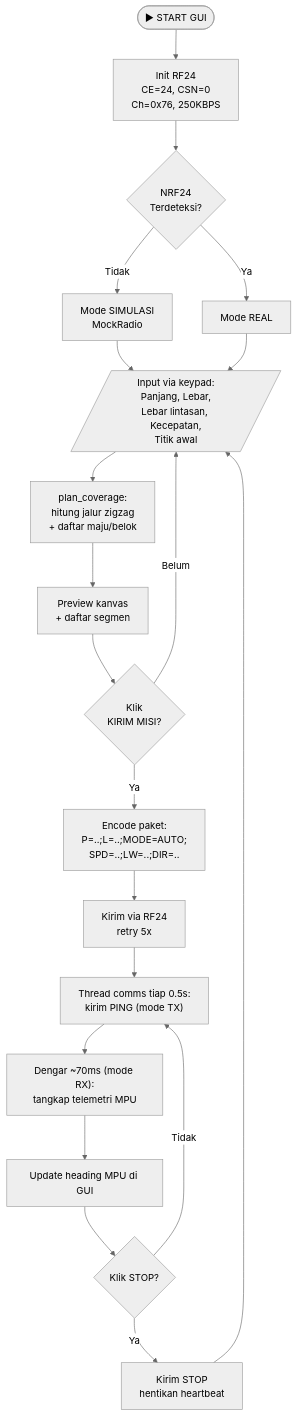
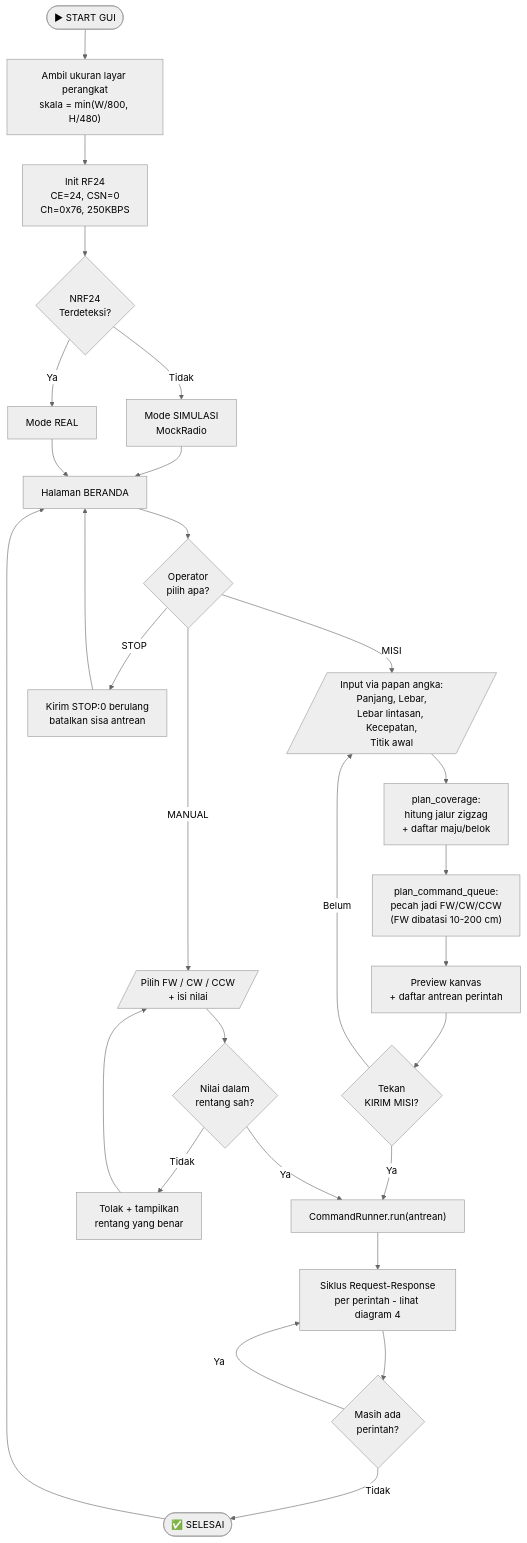
One commit to Xhorn7/Skripsi-PENGEMBANGAN-ROBOT-AKUATIK-UNTUK-FEEDER-OTOMATIS-DI-TAMBAK changed the second of 9 diagrams in flowchart.md. Above: the diagram before and after it, drawn with Mermaid (neutral theme). The commit also changed other lines of this file and 43 other files, not shown here.

````diff
--- a/flowchart.md
+++ b/flowchart.md
@@ -39,22 +43,35 @@
 ```mermaid
 flowchart TD
-    START([▶ START GUI]) --> INIT["Init RF24<br/>CE=24, CSN=0<br/>Ch=0x76, 250KBPS"]
+    START([▶ START GUI]) --> SCR["Ambil ukuran layar perangkat<br/>skala = min(W/800, H/480)"]
+    SCR --> INIT["Init RF24<br/>CE=24, CSN=0<br/>Ch=0x76, 250KBPS"]
     INIT --> DET{NRF24<br/>Terdeteksi?}
     DET -- Tidak --> SIM[Mode SIMULASI<br/>MockRadio]
     DET -- Ya --> REAL[Mode REAL]
-    SIM --> INPUT
-    REAL --> INPUT[/"Input via keypad:<br/>Panjang, Lebar,<br/>Lebar lintasan, Kecepatan,<br/>Titik awal"/]
+    SIM --> HOME
+    REAL --> HOME[Halaman BERANDA]
+
+    HOME --> PICK{Operator<br/>pilih apa?}
+
+    PICK -- MISI --> INPUT[/"Input via papan angka:<br/>Panjang, Lebar,<br/>Lebar lintasan, Kecepatan,<br/>Titik awal"/]
     INPUT --> PLAN["plan_coverage:<br/>hitung jalur zigzag<br/>+ daftar maju/belok"]
-    PLAN --> PREVIEW[Preview kanvas<br/>+ daftar segmen]
-    PREVIEW --> SENDBTN{Klik<br/>KIRIM MISI?}
+    PLAN --> QUEUE["plan_command_queue:<br/>pecah jadi FW/CW/CCW<br/>(FW dibatasi 10-200 cm)"]
+    QUEUE --> PREVIEW[Preview kanvas<br/>+ daftar antrean perintah]
+    PREVIEW --> SENDBTN{Tekan<br/>KIRIM MISI?}
     SENDBTN -- Belum --> INPUT
-    SENDBTN -- Ya --> ENCODE["Encode paket:<br/>P=..;L=..;MODE=AUTO;<br/>SPD=..;LW=..;DIR=.."]
-    ENCODE --> SEND[Kirim via RF24<br/>retry 5x]
-    SEND --> HB["Thread comms tiap 0.5s:<br/>kirim PING (mode TX)"]
-    HB --> POLL["Dengar ~70ms (mode RX):<br/>tangkap telemetri MPU"]
-    POLL --> SHOW[Update heading MPU di GUI]
-    SHOW --> STOPCHK{Klik STOP?}
-    STOPCHK -- Tidak --> HB
-    STOPCHK -- Ya --> SENDSTOP[Kirim STOP<br/>hentikan heartbeat]
-    SENDSTOP --> INPUT
+    SENDBTN -- Ya --> RUN
+
+    PICK -- MANUAL --> MAN[/"Pilih FW / CW / CCW<br/>+ isi nilai"/]
+    MAN --> VAL{Nilai dalam<br/>rentang sah?}
+    VAL -- Tidak --> REJECT[Tolak + tampilkan<br/>rentang yang benar]
+    REJECT --> MAN
+    VAL -- Ya --> RUN
+
+    RUN["CommandRunner.run(antrean)"] --> CYCLE[Siklus Request-Response<br/>per perintah - lihat diagram 4]
+    CYCLE --> NEXT{Masih ada<br/>perintah?}
+    NEXT -- Ya --> CYCLE
+    NEXT -- Tidak --> DONE([✅ SELESAI])
+    DONE --> HOME
+
+    PICK -- STOP --> SSTOP["Kirim STOP:0 berulang<br/>batalkan sisa antrean"]
+    SSTOP --> HOME
 ```
````
